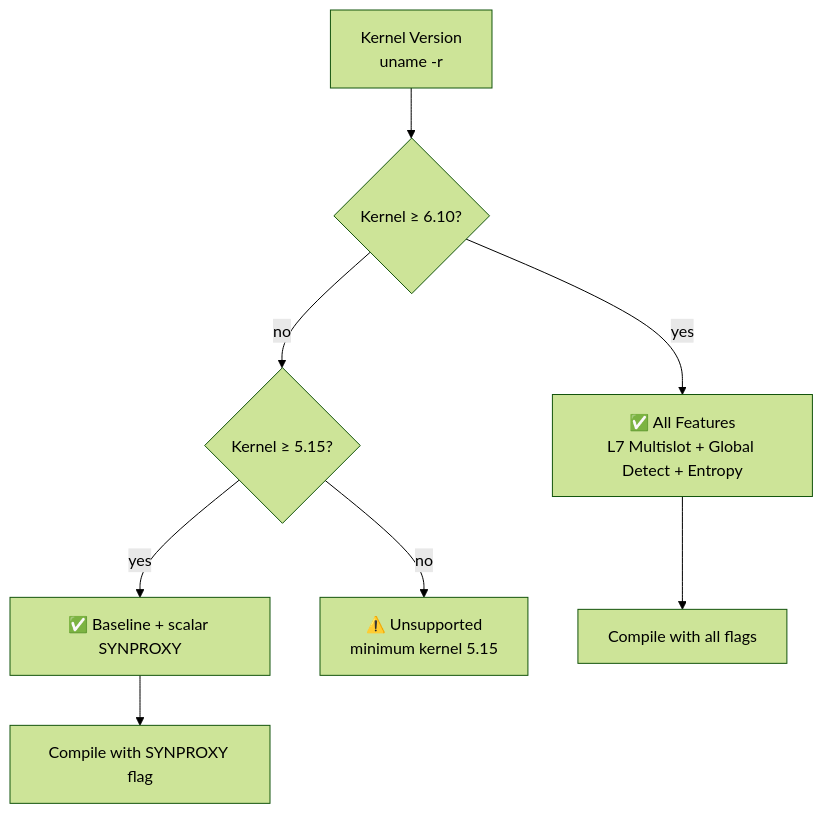
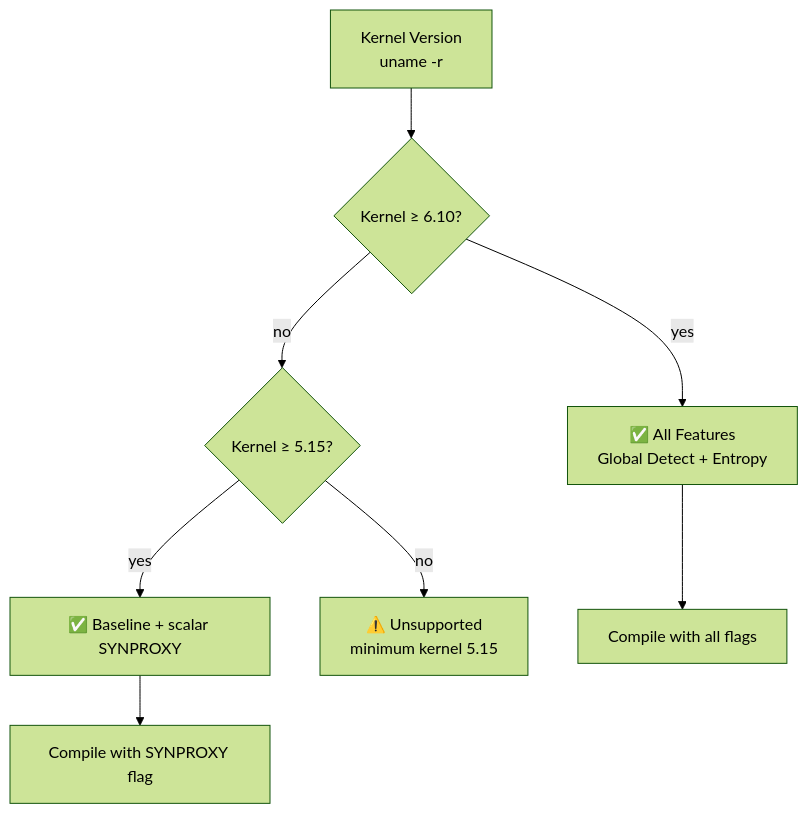
The second of 2 diagrams in docs/openshield-xdp/user-guide/configuration.md (AnAverageBeing/pingless-studios-docs), drawn with Mermaid (forest theme) before and after one commit. The commit also changed other lines of this file and 7 other files, not shown here.

````diff
--- a/docs/openshield-xdp/user-guide/configuration.md
+++ b/docs/openshield-xdp/user-guide/configuration.md
@@ -239,10 +240,10 @@
 ```mermaid
 flowchart TD
     A["Kernel Version<br/>uname -r"] --> B{"Kernel ≥ 6.10?"}
-    B -->|"yes"| C["✅ All Features<br/>L7 Multislot + Global Detect + Entropy"]
+    B -->|"yes"| C["✅ All Features<br/>Global Detect + Entropy"]
     B -->|"no"| D{"Kernel ≥ 5.15?"}
     D -->|"yes"| E["✅ Baseline + scalar SYNPROXY"]
     D -->|"no"| H["⚠️ Unsupported<br/>minimum kernel 5.15"]
     C --> I["Compile with all flags"]
     E --> J["Compile with SYNPROXY flag"]
 ```
````
